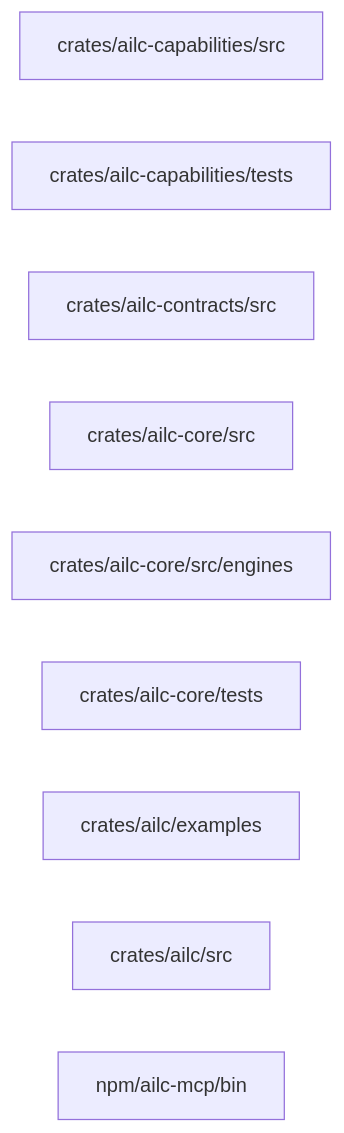
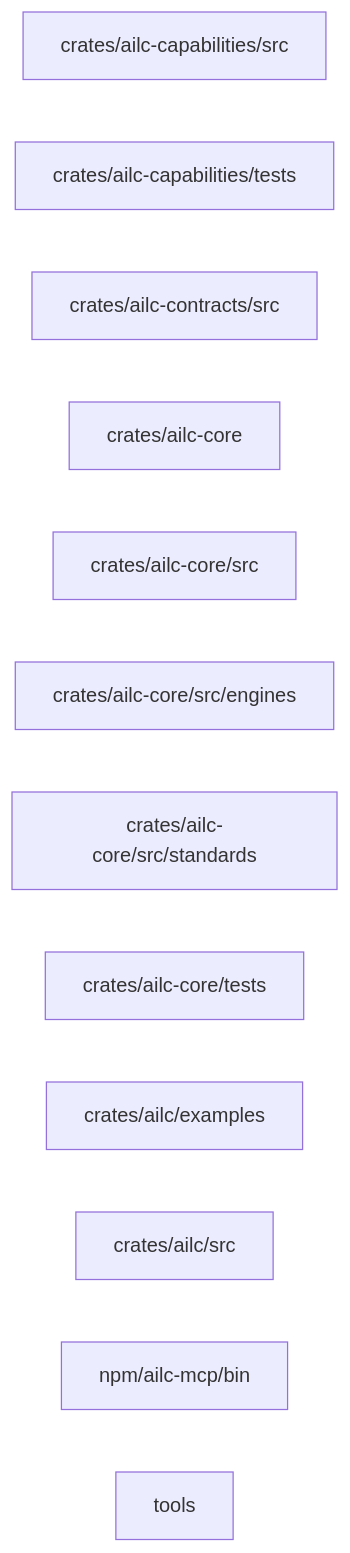
The diagram in docs/ДИАГРАММА.md (pro-deploy/ailc), drawn with Mermaid before and after one commit. The commit also changed other lines of this file and 250 other files, not shown here.

````diff
--- a/docs/ДИАГРАММА.md
+++ b/docs/ДИАГРАММА.md
@@ -2,12 +2,15 @@
 ```mermaid
 graph LR
   m0["crates/ailc-capabilities/src"]
   m1["crates/ailc-capabilities/tests"]
   m2["crates/ailc-contracts/src"]
-  m3["crates/ailc-core/src"]
-  m4["crates/ailc-core/src/engines"]
-  m5["crates/ailc-core/tests"]
-  m6["crates/ailc/examples"]
-  m7["crates/ailc/src"]
-  m8["npm/ailc-mcp/bin"]
+  m3["crates/ailc-core"]
+  m4["crates/ailc-core/src"]
+  m5["crates/ailc-core/src/engines"]
+  m6["crates/ailc-core/src/standards"]
+  m7["crates/ailc-core/tests"]
+  m8["crates/ailc/examples"]
+  m9["crates/ailc/src"]
+  m10["npm/ailc-mcp/bin"]
+  m11["tools"]
 ```
````
